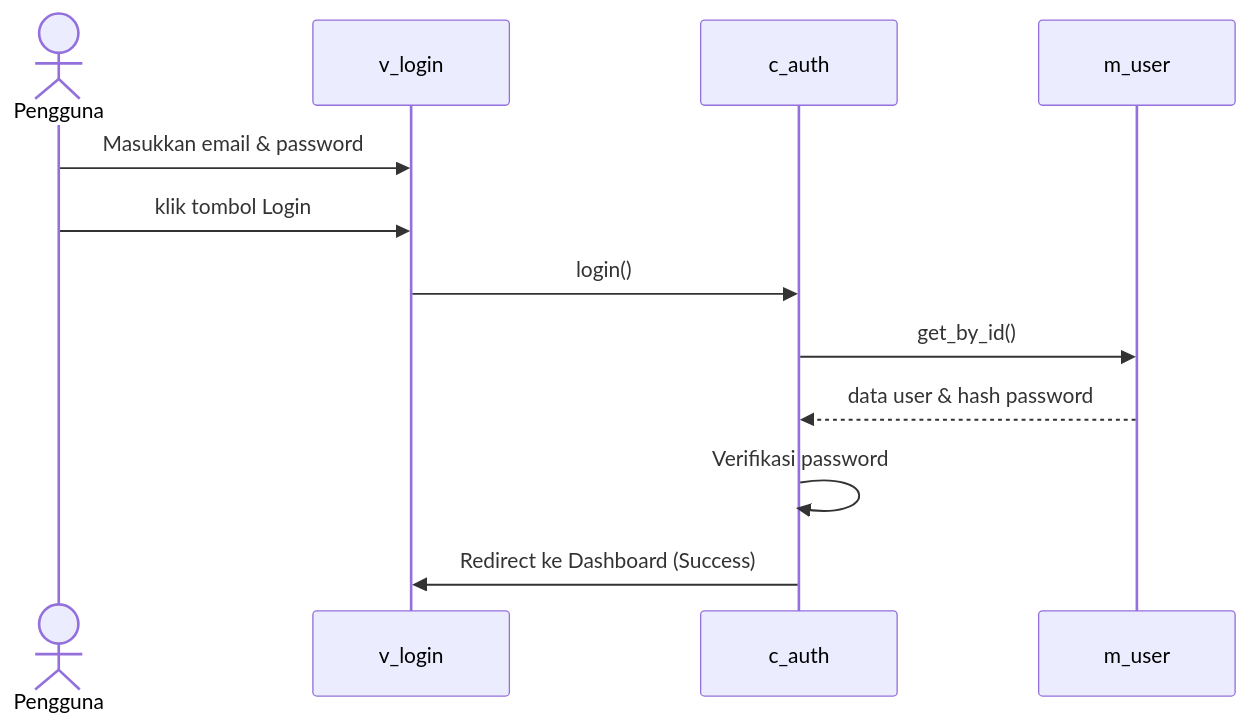
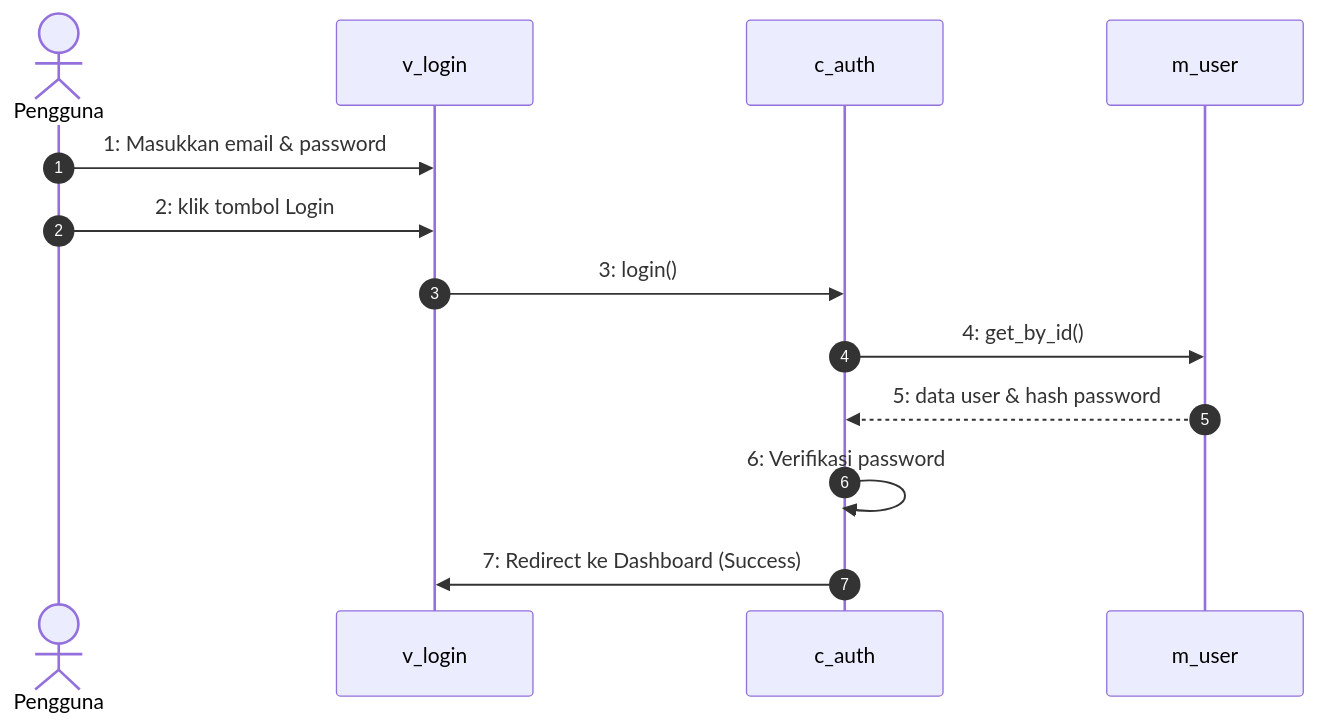
Before and after one commit to ahmadsanny2/posyandu-app: the seventh of 16 diagrams in plan-diagram.md, drawn with Mermaid. The commit also changed other lines of this file, not shown here.

Commit message:
docs: add sequence diagram autonumbering and manual labels

````diff
--- a/plan-diagram.md
+++ b/plan-diagram.md
@@ -420,15 +420,16 @@
 ```mermaid
 sequenceDiagram
+    autonumber
     actor User as Pengguna
     participant Boundary as v_login
     participant Control as c_auth
     participant Entity as m_user
 
-    User->>Boundary: Masukkan email & password
-    User->>Boundary: klik tombol Login
-    Boundary->>Control: login()
-    Control->>Entity: get_by_id()
-    Entity-->>Control: data user & hash password
-    Control->>Control: Verifikasi password
-    Control->>Boundary: Redirect ke Dashboard (Success)
+    User->>Boundary: 1: Masukkan email & password
+    User->>Boundary: 2: klik tombol Login
+    Boundary->>Control: 3: login()
+    Control->>Entity: 4: get_by_id()
+    Entity-->>Control: 5: data user & hash password
+    Control->>Control: 6: Verifikasi password
+    Control->>Boundary: 7: Redirect ke Dashboard (Success)
 ```
````
